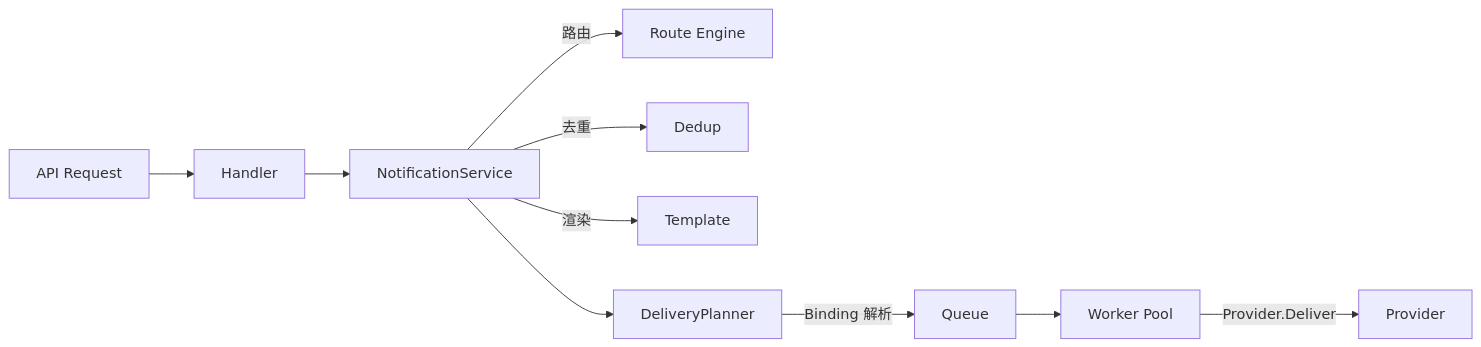
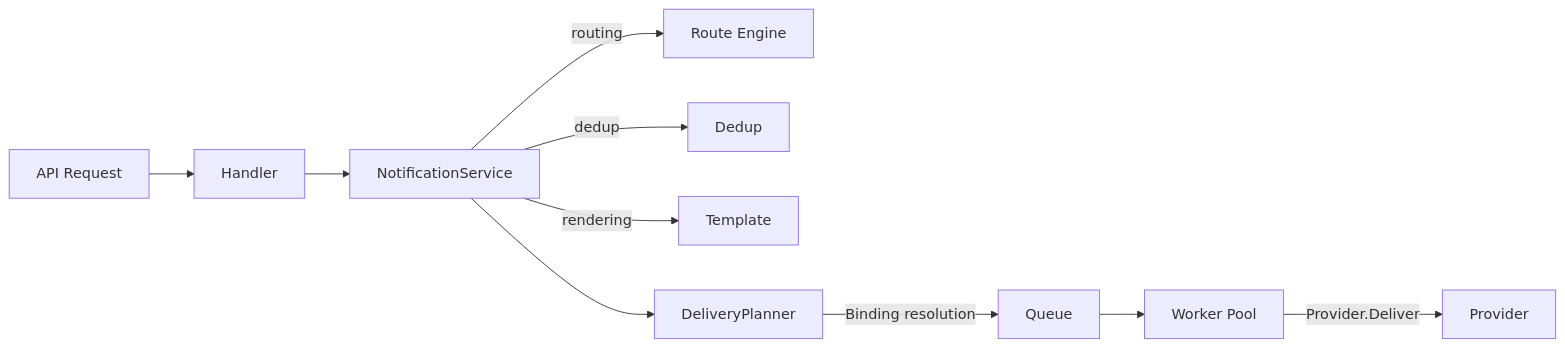
Before and after one commit to cuihairu/herald: the third of 3 diagrams in docs/architecture/modules.md, drawn with Mermaid. The commit also changed other lines of this file and 178 other files, not shown here.

````diff
--- a/docs/architecture/modules.md
+++ b/docs/architecture/modules.md
@@ -45,11 +43,11 @@
 ```mermaid
 graph LR
     API["API Request"] --> Handler --> NS["NotificationService"]
-    NS -->|路由| Route["Route Engine"]
-    NS -->|去重| Dedup["Dedup"]
-    NS -->|渲染| Template["Template"]
+    NS -->|routing| Route["Route Engine"]
+    NS -->|dedup| Dedup["Dedup"]
+    NS -->|rendering| Template["Template"]
     NS --> Planner["DeliveryPlanner"]
-    Planner -->|Binding 解析| Queue["Queue"]
+    Planner -->|Binding resolution| Queue["Queue"]
     Queue --> WP["Worker Pool"]
     WP -->|Provider.Deliver| Provider["Provider"]
 ```
````
